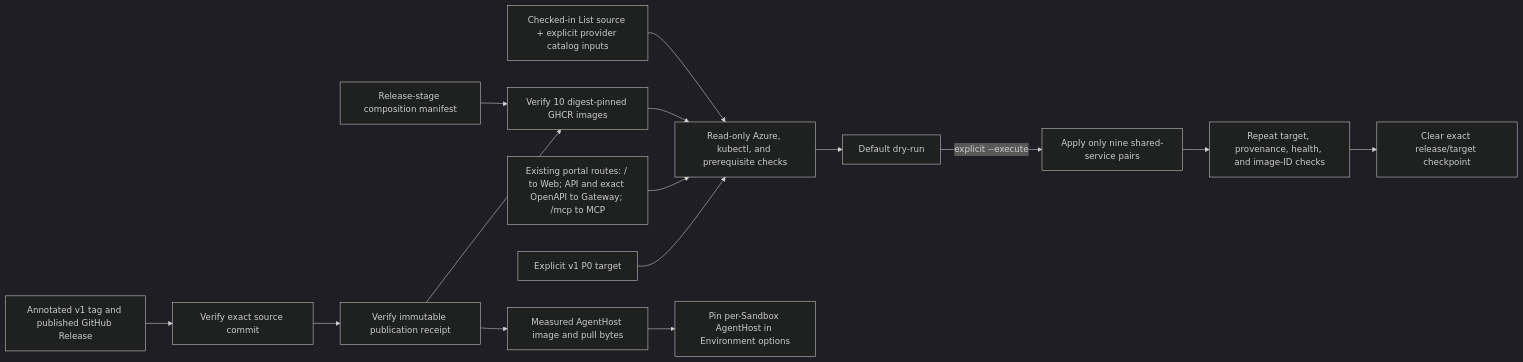
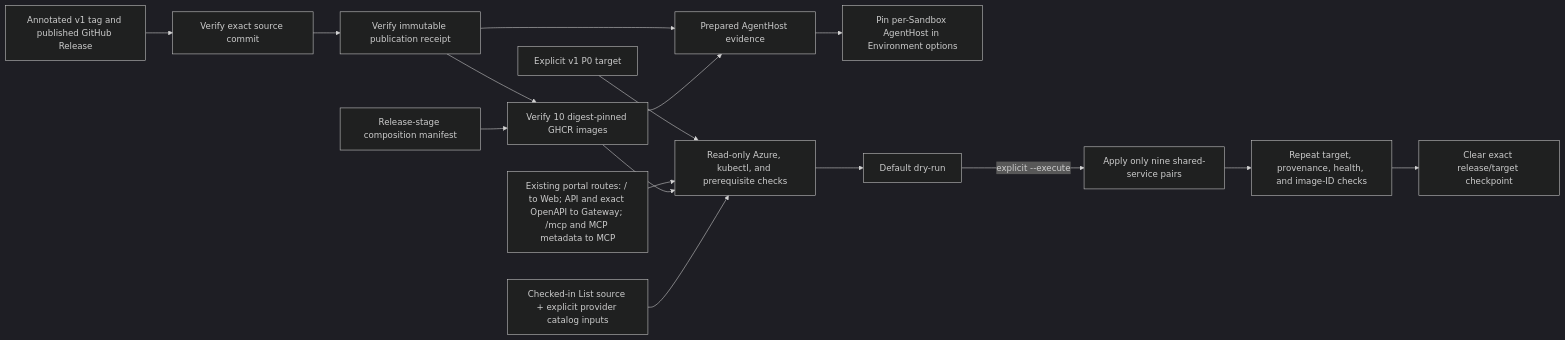
One commit to sabbour/agentweaver changed the third of 3 diagrams in docs/architecture/design/services-and-release.md. Above: the diagram before and after it, drawn with Mermaid (dark theme). The commit also changed other lines of this file and 24 other files, not shown here.

````diff
--- a/docs/architecture/design/services-and-release.md
+++ b/docs/architecture/design/services-and-release.md
@@ -586,17 +595,18 @@
 ```mermaid
 flowchart LR
   Tag["Annotated v1 tag and published GitHub Release"] --> Exact["Verify exact source commit"]
   Exact --> Receipt["Verify immutable publication receipt"]
   Receipt --> GHCR["Verify 10 digest-pinned GHCR images"]
   Manifest["Release-stage composition manifest"] --> GHCR
   Target["Explicit v1 P0 target"] --> ReadOnly["Read-only Azure, kubectl, and prerequisite checks"]
-  Portal["Existing portal routes: / to Web; API and exact OpenAPI to Gateway; /mcp to MCP"] --> ReadOnly
+  Portal["Existing portal routes: / to Web; API and exact OpenAPI to Gateway; /mcp and MCP metadata to MCP"] --> ReadOnly
   GHCR --> ReadOnly
   Runtime["Checked-in List source + explicit provider catalog inputs"] --> ReadOnly
-  Receipt --> Host["Measured AgentHost image and pull bytes"]
+  Receipt --> Host["Prepared AgentHost evidence"]
+  GHCR --> Host
   Host --> Environment["Pin per-Sandbox AgentHost in Environment options"]
   ReadOnly --> DryRun["Default dry-run"]
   DryRun -->|explicit --execute| Apply["Apply only nine shared-service pairs"]
   Apply --> Live["Repeat target, provenance, health, and image-ID checks"]
   Live --> Clear["Clear exact release/target checkpoint"]
 ```
````
